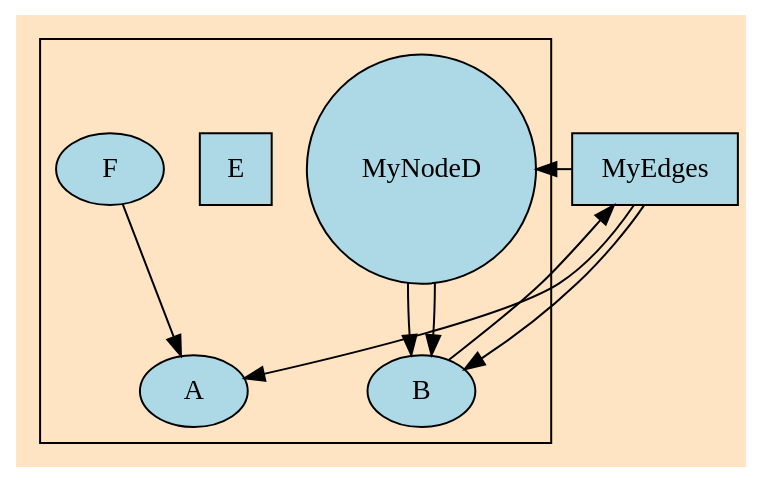
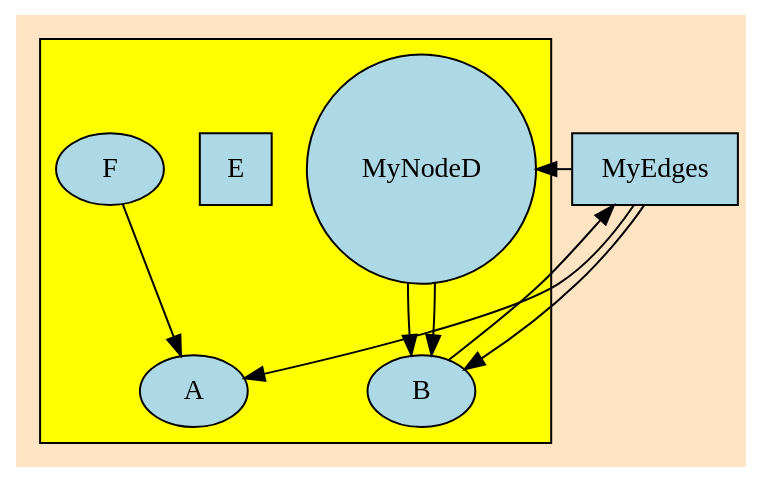
The diagram in UnitTests/TestExamples/example.dot (jjermann/sharpgraph), drawn with Graphviz before and after one commit. The commit also changed 1 other file, not shown here.

```diff
--- a/UnitTests/TestExamples/example.dot
+++ b/UnitTests/TestExamples/example.dot
@@ -1,18 +1,19 @@
 digraph {
   bgcolor="bisque"
   node [style=filled, fillcolor="lightblue"]
   A
   B->C->{
     A; D; {
 	  A; B
 	}
   }
   C [label="MyEdges", shape="rect"]
   D->B
   D [label="MyNodeD", shape="circle"];
   subgraph cluster0 {
+    graph [bgcolor="yellow"]
     E [shape="square"]
 	F->A
 	D->B
   }
 }
```
